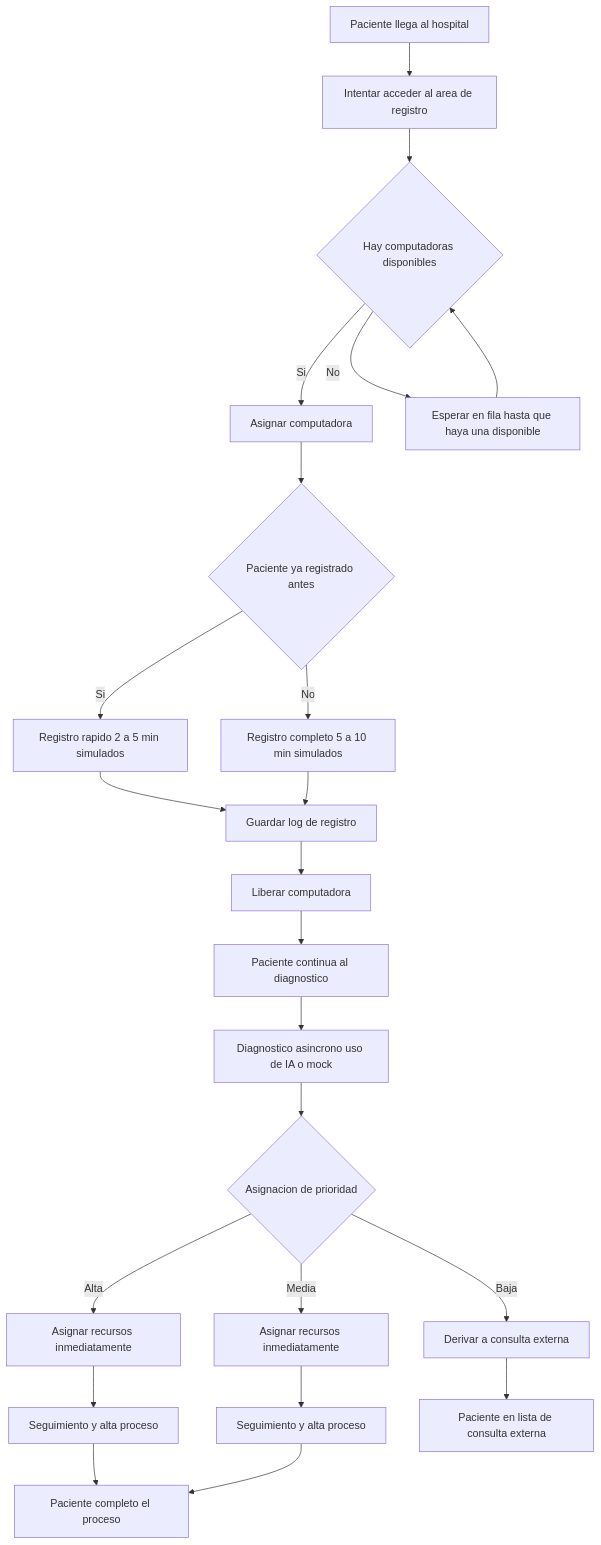
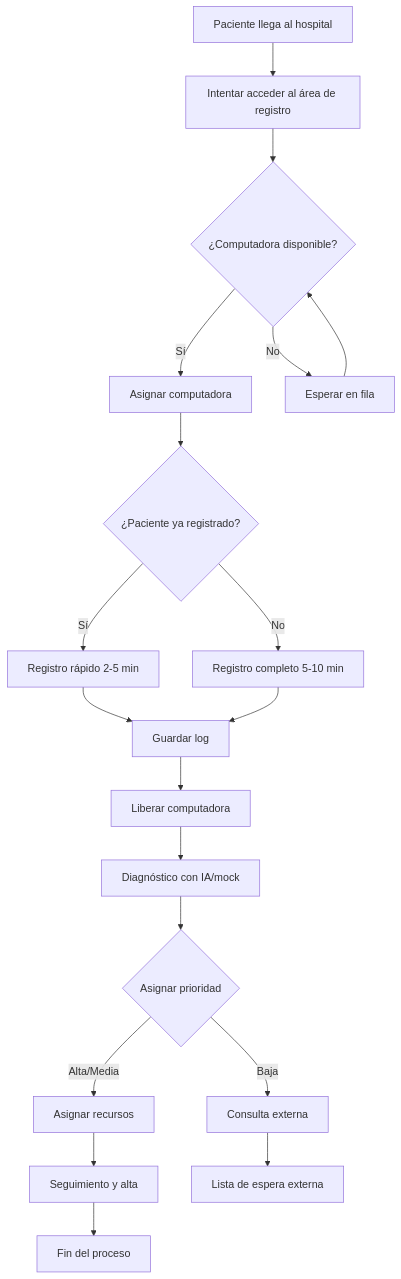
One commit to JorgeMike/hospital_simulacion changed the diagram in README.md. Above: the diagram before and after it, drawn with Mermaid. The commit also changed other lines of this file, not shown here.

````diff
--- a/README.md
+++ b/README.md
@@ -45,33 +72,21 @@
 ```mermaid
 flowchart TD
-    A[Paciente llega al hospital] --> B[Intentar acceder al area de registro]
-    B --> C{Hay computadoras disponibles}
-
-    C -- Si --> D[Asignar computadora]
-    C -- No --> E[Esperar en fila hasta que haya una disponible]
+    A[Paciente llega al hospital] --> B[Intentar acceder al área de registro]
+    B --> C{¿Computadora disponible?}
+    C -- Sí --> D[Asignar computadora]
+    C -- No --> E[Esperar en fila]
     E --> C
-
-    D --> F{Paciente ya registrado antes}
-    F -- Si --> G[Registro rapido 2 a 5 min simulados]
-    F -- No --> H[Registro completo 5 a 10 min simulados]
-
-    G --> I[Guardar log de registro]
+    D --> F{¿Paciente ya registrado?}
+    F -- Sí --> G[Registro rápido 2-5 min]
+    F -- No --> H[Registro completo 5-10 min]
+    G --> I[Guardar log]
     H --> I
-
     I --> J[Liberar computadora]
-    J --> K[Paciente continua al diagnostico]
-
-    K --> L[Diagnostico asincrono uso de IA o mock]
-    L --> M{Asignacion de prioridad}
-
-    M -- Alta --> N1[Asignar recursos inmediatamente]
-    M -- Media --> N2[Asignar recursos inmediatamente]
-    M -- Baja --> P[Derivar a consulta externa]
-
-    N1 --> Q1[Seguimiento y alta proceso]
-    N2 --> Q2[Seguimiento y alta proceso]
-
-    Q1 --> R[Paciente completo el proceso]
-    Q2 --> R
-    P --> S[Paciente en lista de consulta externa]
+    J --> K[Diagnóstico con IA/mock]
+    K --> L{Asignar prioridad}
+    L -- Alta/Media --> N[Asignar recursos]
+    L -- Baja --> P[Consulta externa]
+    N --> Q[Seguimiento y alta]
+    Q --> R[Fin del proceso]
+    P --> S[Lista de espera externa]
 ```
````
